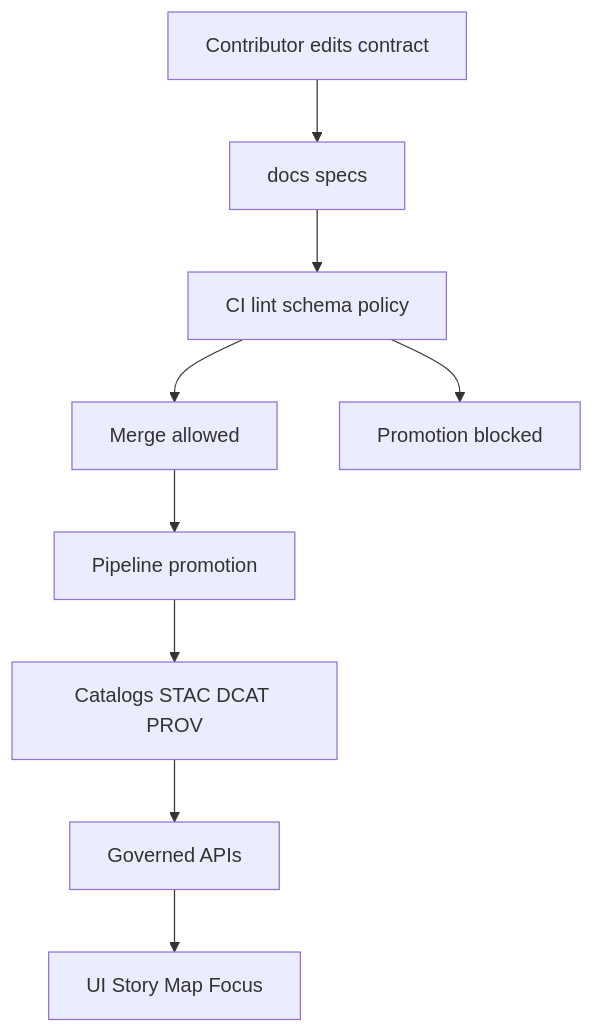
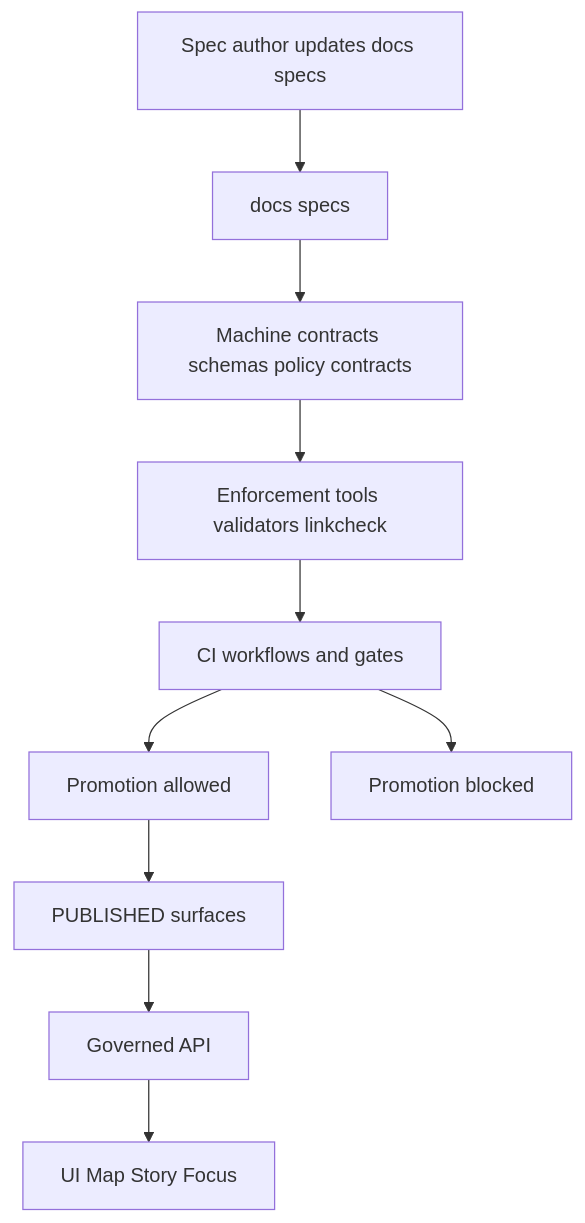
Before and after one commit to bartytime4life/Kansas-Frontier-Matrix: the diagram in docs/specs/README.md, drawn with Mermaid. The commit also changed other lines of this file, not shown here.

````diff
--- a/docs/specs/README.md
+++ b/docs/specs/README.md
@@ -230,11 +284,12 @@
 ```mermaid
 flowchart TD
-  A[Contributor edits contract] --> B[docs specs]
-  B --> C[CI lint schema policy]
-  C --> D[Merge allowed]
-  C --> E[Promotion blocked]
-  D --> F[Pipeline promotion]
-  F --> G[Catalogs STAC DCAT PROV]
-  G --> H[Governed APIs]
-  H --> I[UI Story Map Focus]
+  A[Spec author updates docs specs] --> B[docs specs]
+  B --> C[Machine contracts schemas policy contracts]
+  C --> D[Enforcement tools validators linkcheck]
+  D --> E[CI workflows and gates]
+  E --> F[Promotion allowed]
+  E --> G[Promotion blocked]
+  F --> H[PUBLISHED surfaces]
+  H --> I[Governed API]
+  I --> J[UI Map Story Focus]
 ```
````
